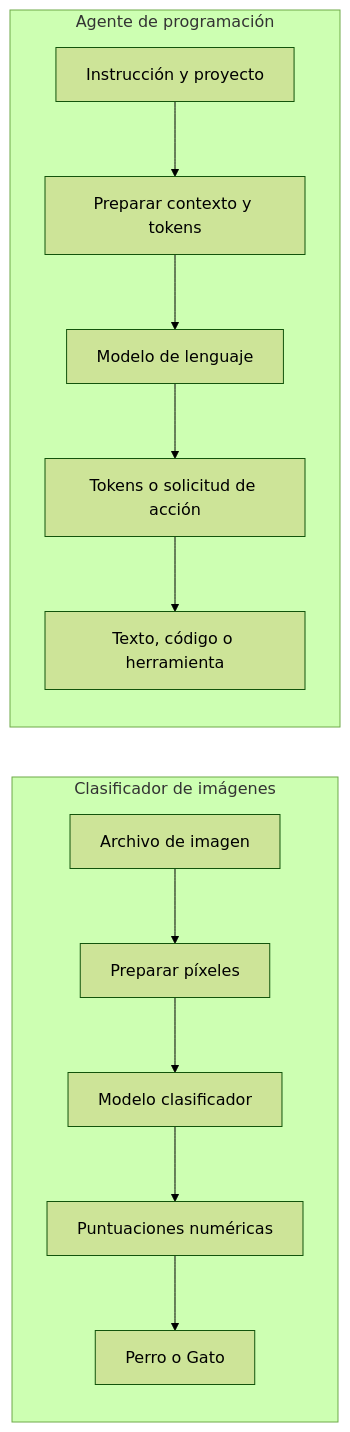
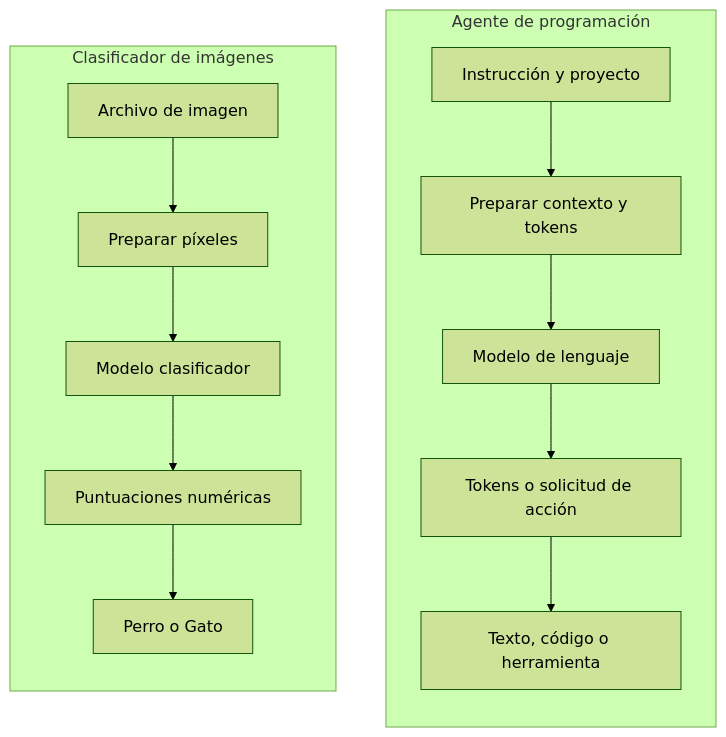
The diagram in sesiones/sesion-01/README.md (jcarrenogallego/formacion-ai), drawn with Mermaid (forest theme) before and after one commit.

Commit message:
docs(session-01): align comparison diagrams (#7)
## Resumen

- mantiene los dos diagramas comparativos uno al lado del otro
- organiza verticalmente los pasos internos para mejorar su legibilidad

## Verificación

- git diff --check sin errores

````diff
--- a/sesiones/sesion-01/README.md
+++ b/sesiones/sesion-01/README.md
@@ -268,16 +268,20 @@
 ```mermaid
 flowchart LR
     subgraph Imagen[Clasificador de imágenes]
+        direction TB
         A1[Archivo de imagen] --> A2[Preparar píxeles]
         A2 --> A3[Modelo clasificador]
         A3 --> A4[Puntuaciones numéricas]
         A4 --> A5[Perro o Gato]
     end
 
     subgraph Codigo[Agente de programación]
+        direction TB
         B1[Instrucción y proyecto] --> B2[Preparar contexto y tokens]
         B2 --> B3[Modelo de lenguaje]
         B3 --> B4[Tokens o solicitud de acción]
         B4 --> B5[Texto, código o herramienta]
     end
+
+    Imagen ~~~ Codigo
 ```
````
